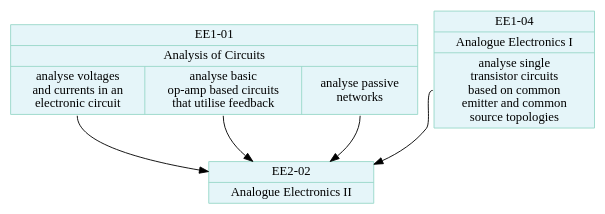
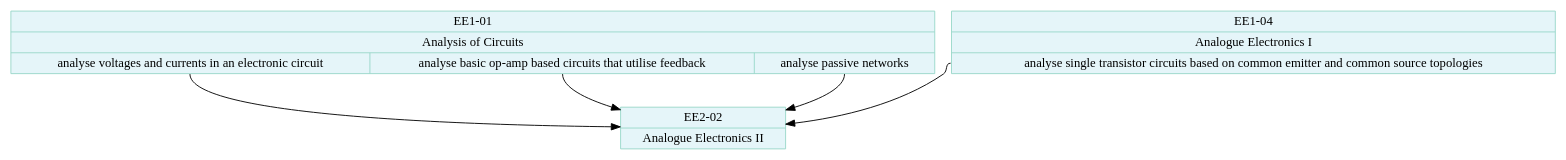
Before and after one commit to johnwickerson/ee_modules: the diagram in modules.dot, drawn with Graphviz.

Commit message:
removing linebreaks

```diff
--- a/modules.dot
+++ b/modules.dot
@@ -1,21 +1,21 @@
 digraph {
     
     node[shape=record, color="#99d8c9", fillcolor="#e5f5f9", style="filled"];
     
     EE101 [label="{EE1-01 | Analysis of Circuits | {
-        <1>analyse voltages\nand currents in an\nelectronic circuit | 
-        <2>analyse basic\nop-amp based circuits\nthat utilise feedback | 
-        <3>analyse passive\nnetworks 
+        <1>analyse voltages and currents in an electronic circuit | 
+        <2>analyse basic op-amp based circuits that utilise feedback | 
+        <3>analyse passive networks 
     }}"];
     
     EE104 [label="{EE1-04 | Analogue Electronics I | {
-        <1>analyse single\ntransistor circuits\nbased on common\nemitter and common\nsource topologies
+        <1>analyse single transistor circuits based on common emitter and common source topologies
     }}"];
     
     EE202 [label="{EE2-02 | Analogue Electronics II}"];
     EE101:1 -> EE202;
     EE101:2 -> EE202;
     EE101:3 -> EE202;
     EE104:1 -> EE202;
 
 }
```
